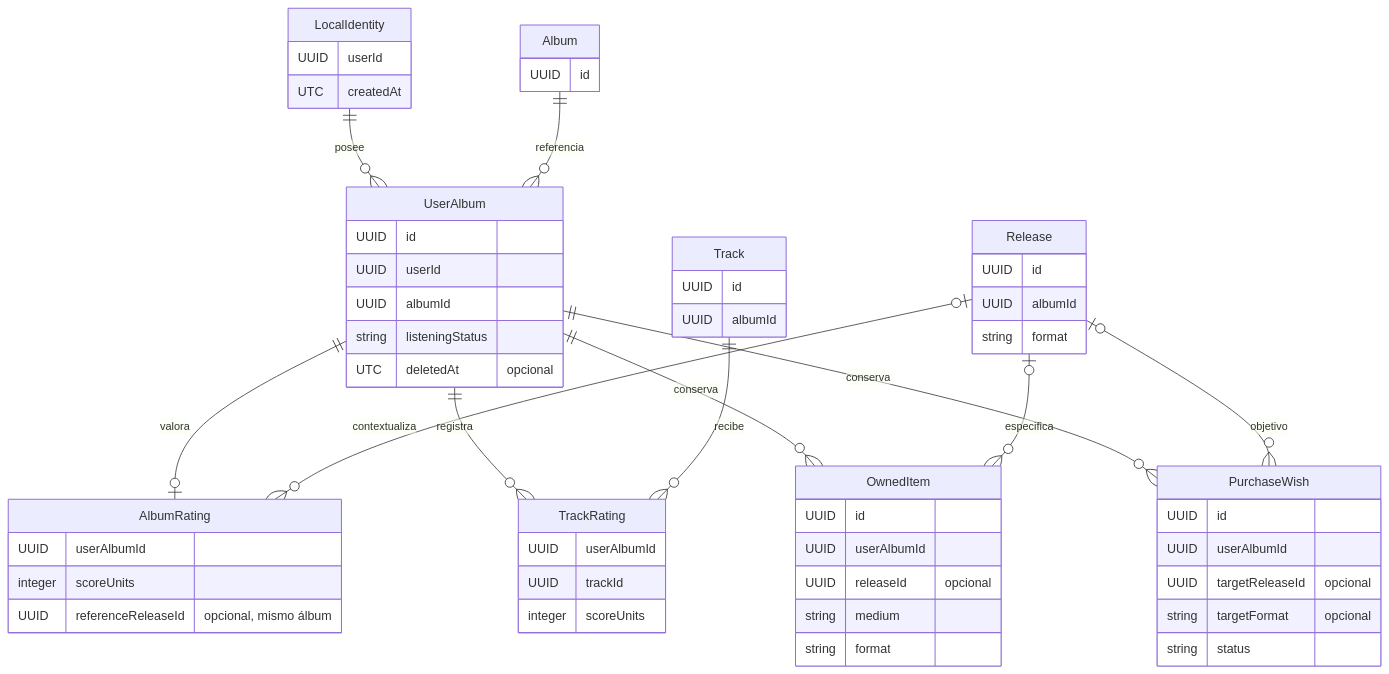
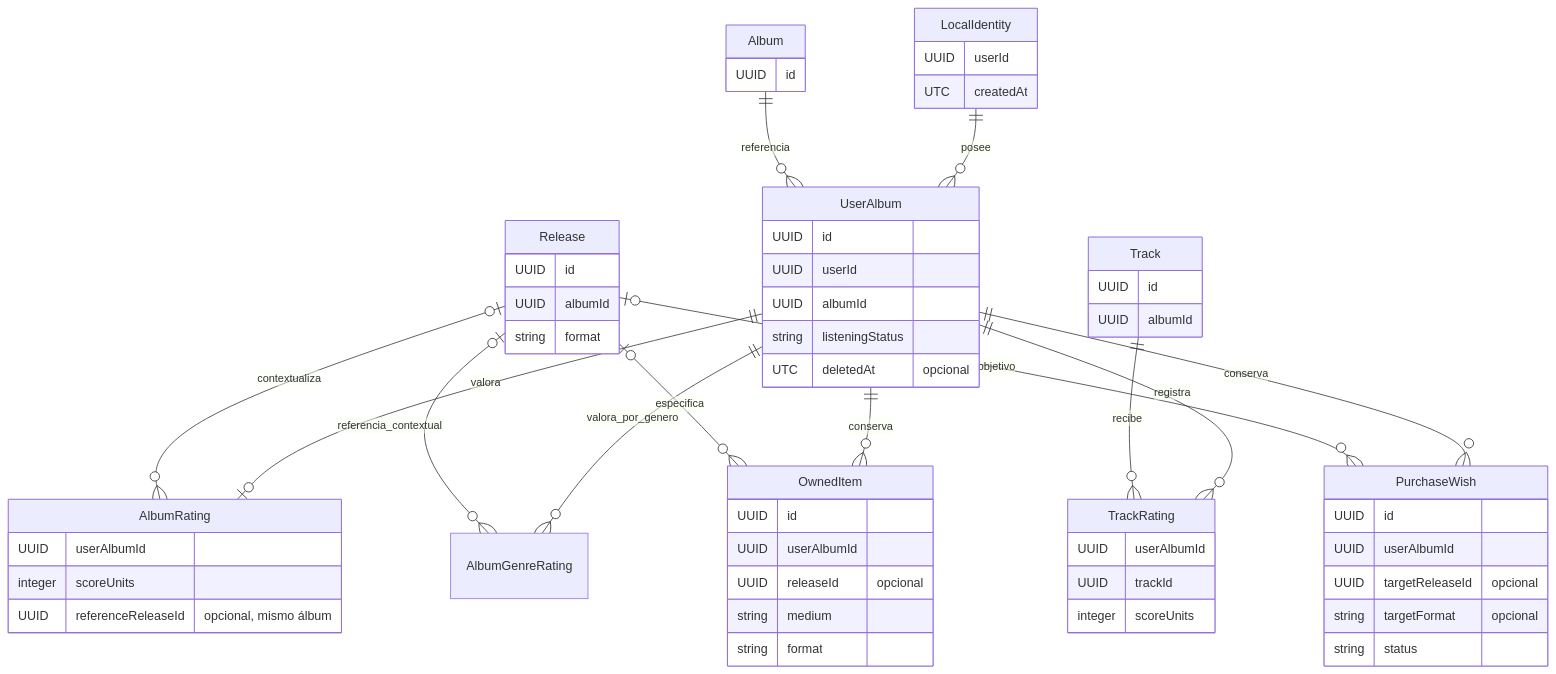
The fourth of 7 diagrams in docs/MODELO_DOMINIO.md (NicoCG32/Auditorium), drawn with Mermaid before and after one commit. The commit also changed other lines of this file and 62 other files, not shown here.

````diff
--- a/docs/MODELO_DOMINIO.md
+++ b/docs/MODELO_DOMINIO.md
@@ -211,61 +213,63 @@
 ```mermaid
 erDiagram
     LocalIdentity ||--o{ UserAlbum : posee
     Album ||--o{ UserAlbum : referencia
     UserAlbum ||--o| AlbumRating : valora
+    UserAlbum ||--o{ AlbumGenreRating : valora_por_genero
+    Release o|--o{ AlbumGenreRating : referencia_contextual
     Release o|--o{ AlbumRating : contextualiza
     UserAlbum ||--o{ TrackRating : registra
     Track ||--o{ TrackRating : recibe
     UserAlbum ||--o{ OwnedItem : conserva
     Release |o--o{ OwnedItem : especifica
     UserAlbum ||--o{ PurchaseWish : conserva
     Release |o--o{ PurchaseWish : objetivo
 
     LocalIdentity {
         UUID userId
         UTC createdAt
     }
     Album {
         UUID id
     }
     Track {
         UUID id
         UUID albumId
     }
     Release {
         UUID id
         UUID albumId
         string format
     }
     UserAlbum {
         UUID id
         UUID userId
         UUID albumId
         string listeningStatus
         UTC deletedAt "opcional"
     }
     AlbumRating {
         UUID userAlbumId
         integer scoreUnits
         UUID referenceReleaseId "opcional, mismo álbum"
     }
     TrackRating {
         UUID userAlbumId
         UUID trackId
         integer scoreUnits
     }
     OwnedItem {
         UUID id
         UUID userAlbumId
         UUID releaseId "opcional"
         string medium
         string format
     }
     PurchaseWish {
         UUID id
         UUID userAlbumId
         UUID targetReleaseId "opcional"
         string targetFormat "opcional"
         string status
     }
 ```
````
